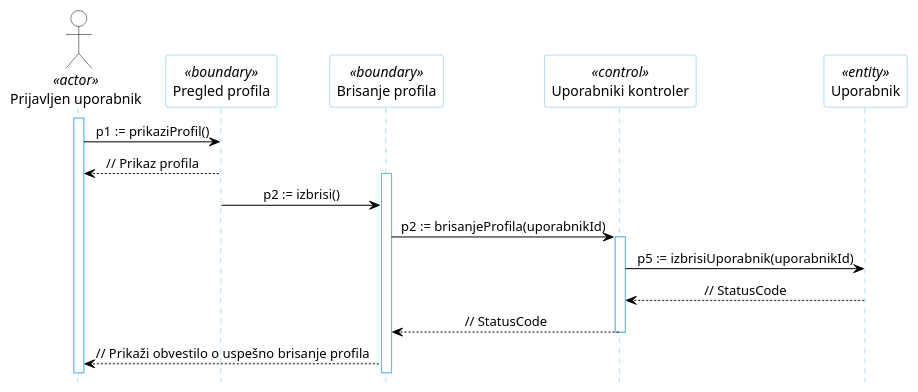
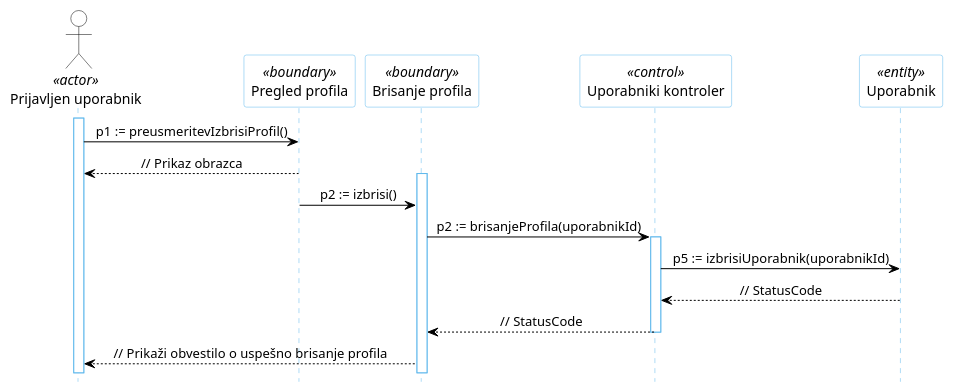
The diagram in docs/gradivo/plantuml/DZ/06a.puml (kupinah/test-tpo), drawn with PlantUML before and after one commit. The commit also changed 21 other files, not shown here.

```diff
--- a/docs/gradivo/plantuml/DZ/06a.puml
+++ b/docs/gradivo/plantuml/DZ/06a.puml
@@ -1,32 +1,32 @@
 @startuml
 hide footbox
 
 skinparam backgroundcolor transparent
 skinparam defaultTextAlignment center
 skinparam actorBorderColor black
 skinparam actorBackgroundColor white
 skinparam arrowColor black
 skinparam sequenceLifeLineBorderColor #5FB8EC
 skinparam sequenceParticipantBorderColor #5FB8EC
 skinparam sequenceParticipantBackgroundColor white
 
 actor "Prijavljen uporabnik" AS U1 <<actor>>
 
 participant "Pregled profila" as R6 <<boundary>>
 participant "Brisanje profila" as R5 <<boundary>>
 participant "Uporabniki kontroler" as R2 <<control>>
 participant "Uporabnik" as R4 <<entity>>
 
 activate U1
-U1 -> R6: p1 := prikaziProfil()
-R6 --> U1: // Prikaz profila
+U1 -> R6: p1 := preusmeritevIzbrisiProfil()
+R6 --> U1: // Prikaz obrazca
 activate R5
 R6 -> R5: p2 := izbrisi()
 R5 -> R2: p2 := brisanjeProfila(uporabnikId)
 activate R2
 R2 -> R4: p5 := izbrisiUporabnik(uporabnikId)
 R4 --> R2: // StatusCode
 R2 --> R5: // StatusCode
 deactivate R2
 R5 --> U1: // Prikaži obvestilo o uspešno brisanje profila
 @enduml
```
